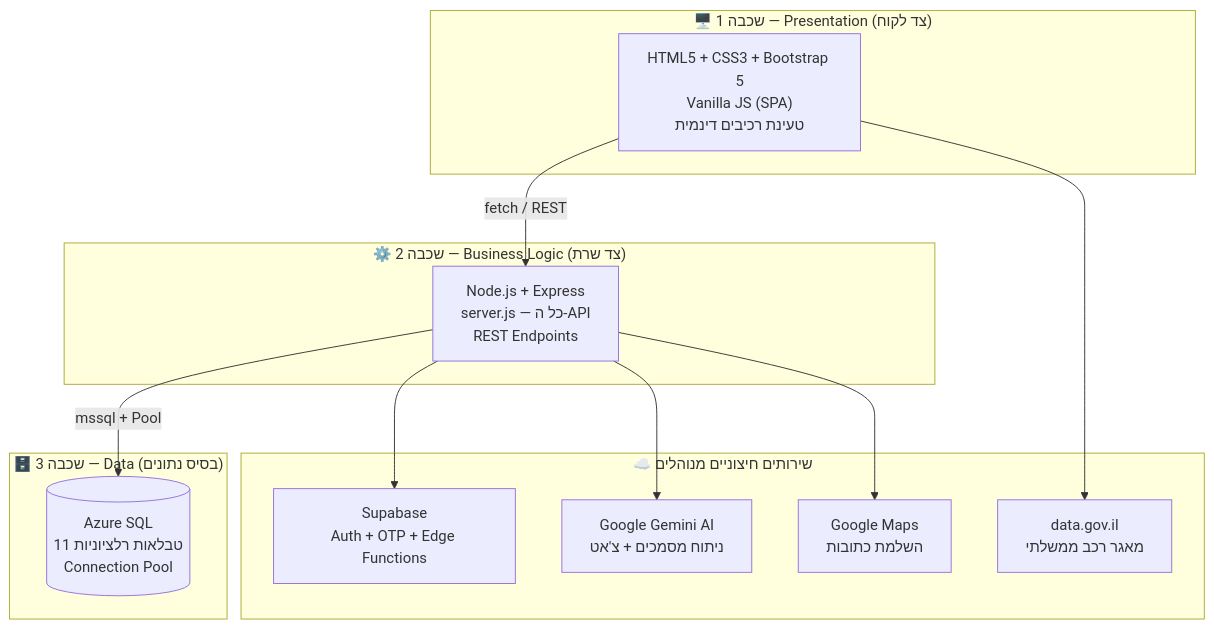
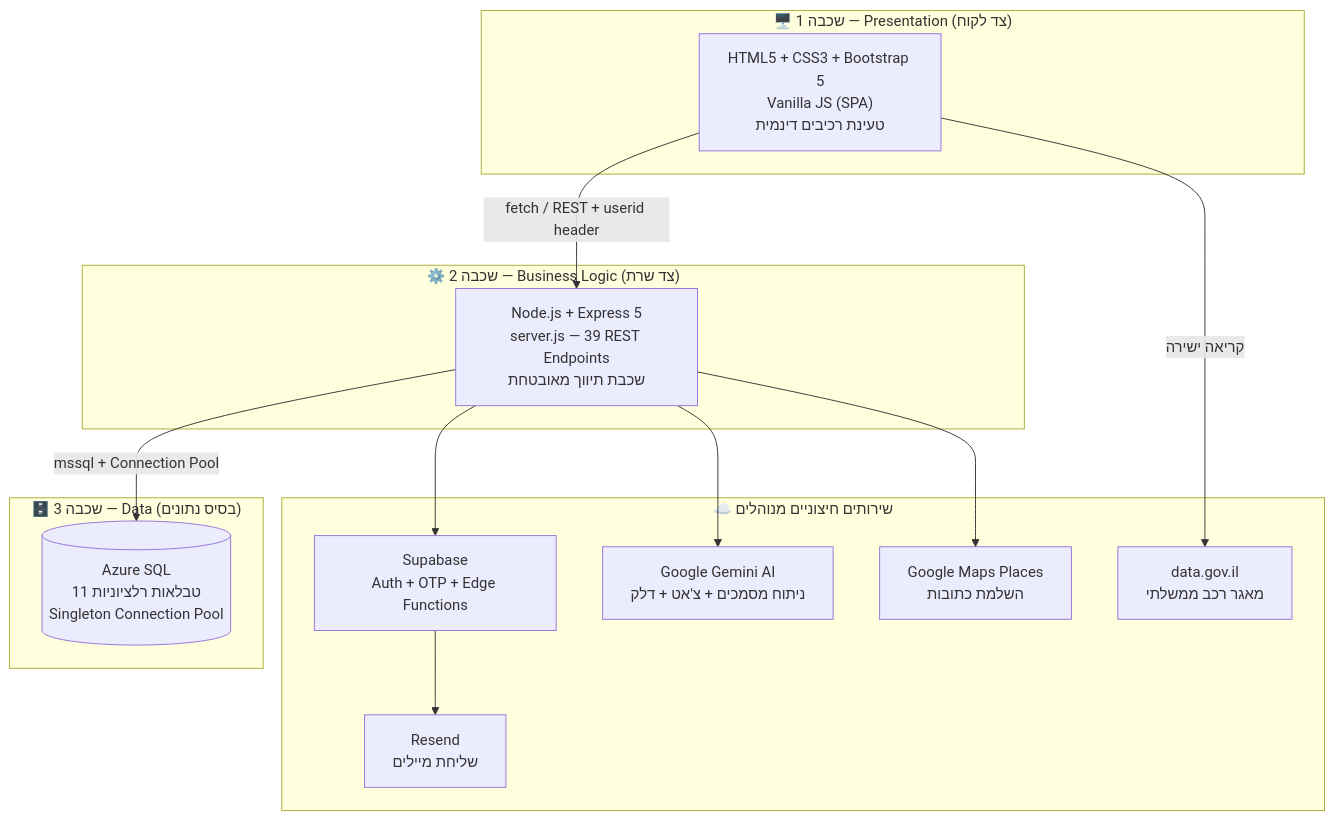
The first of 4 diagrams in README.md (RazielBiton/Final_Project), drawn with Mermaid before and after one commit. The commit also changed other lines of this file, not shown here.

````diff
--- a/README.md
+++ b/README.md
@@ -98,28 +118,30 @@
 ```mermaid
 flowchart TB
     subgraph Client["🖥️ שכבה 1 — Presentation (צד לקוח)"]
         UI["HTML5 + CSS3 + Bootstrap 5<br/>Vanilla JS (SPA)<br/>טעינת רכיבים דינמית"]
     end
 
     subgraph Server["⚙️ שכבה 2 — Business Logic (צד שרת)"]
-        API["Node.js + Express<br/>server.js — כל ה-API<br/>REST Endpoints"]
+        API["Node.js + Express 5<br/>server.js — 39 REST Endpoints<br/>שכבת תיווך מאובטחת"]
     end
 
     subgraph Data["🗄️ שכבה 3 — Data (בסיס נתונים)"]
-        SQL[("Azure SQL<br/>11 טבלאות רלציוניות<br/>Connection Pool")]
+        SQL[("Azure SQL<br/>11 טבלאות רלציוניות<br/>Singleton Connection Pool")]
     end
 
     subgraph External["☁️ שירותים חיצוניים מנוהלים"]
         SUPA["Supabase<br/>Auth + OTP + Edge Functions"]
-        GEM["Google Gemini AI<br/>ניתוח מסמכים + צ'אט"]
+        GEM["Google Gemini AI<br/>ניתוח מסמכים + צ'אט + דלק"]
         GOV["data.gov.il<br/>מאגר רכב ממשלתי"]
-        MAPS["Google Maps<br/>השלמת כתובות"]
+        MAPS["Google Maps Places<br/>השלמת כתובות"]
+        RESEND["Resend<br/>שליחת מיילים"]
     end
 
-    UI -->|"fetch / REST"| API
-    API -->|"mssql + Pool"| SQL
+    UI -->|"fetch / REST + userid header"| API
+    API -->|"mssql + Connection Pool"| SQL
     API --> SUPA
     API --> GEM
-    UI --> GOV
     API --> MAPS
+    UI -->|"קריאה ישירה"| GOV
+    SUPA --> RESEND
 ```
````
